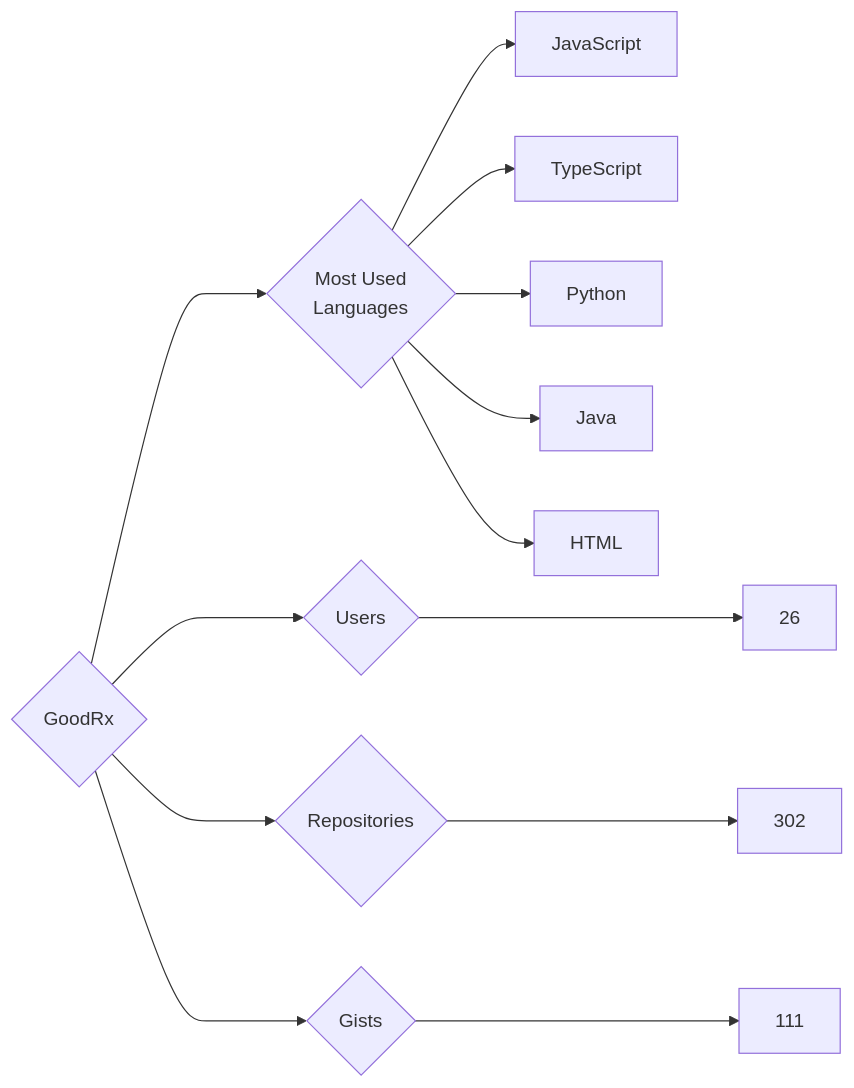
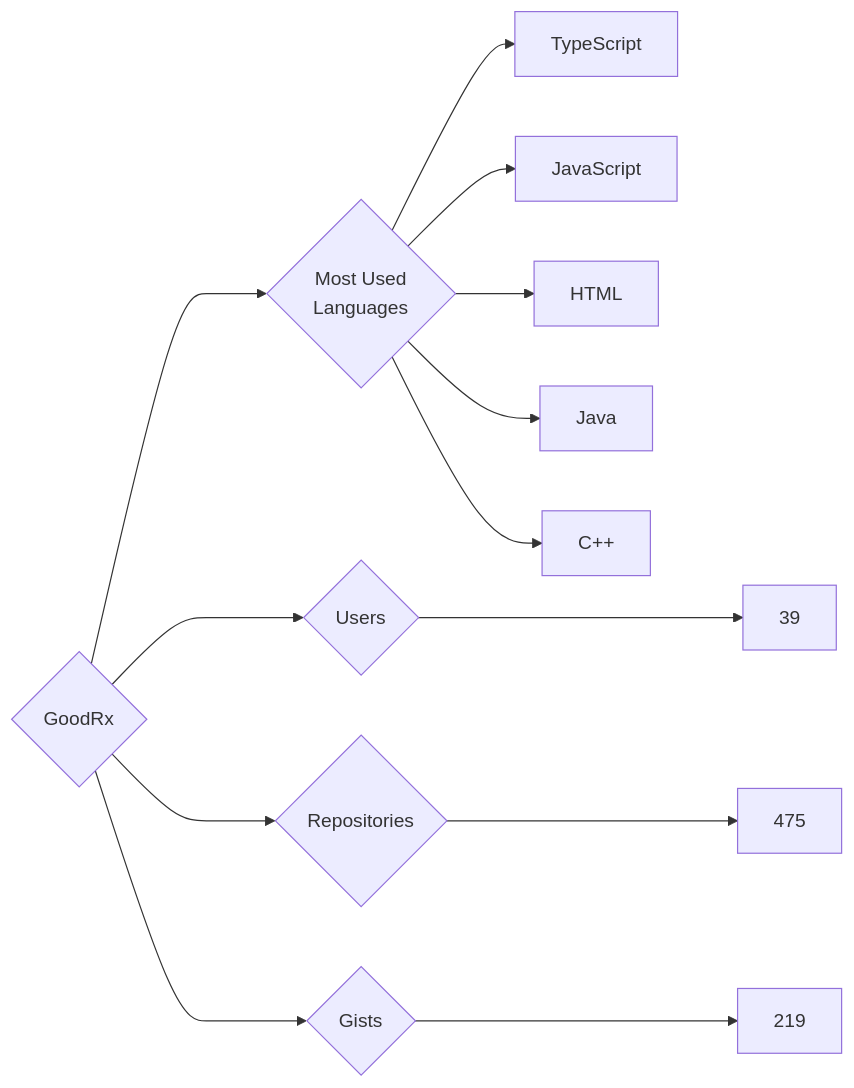
Before and after one commit to trickest/insiders: the diagram in targets/GoodRx/README.md, drawn with Mermaid. The commit also changed 682 other files, not shown here.

````diff
--- a/targets/GoodRx/README.md
+++ b/targets/GoodRx/README.md
@@ -3,13 +3,13 @@
 ```mermaid
 graph LR
 COMPANY_NAME{GoodRx}
-COMPANY_NAME ---> U{Users} ---> UN[26]
-COMPANY_NAME ---> R{Repositories} ---> RN[302]
-COMPANY_NAME ---> G{Gists} ---> GN[111]
+COMPANY_NAME ---> U{Users} ---> UN[39]
+COMPANY_NAME ---> R{Repositories} ---> RN[475]
+COMPANY_NAME ---> G{Gists} ---> GN[219]
 COMPANY_NAME ---> ML{Most Used<br>Languages}
+ML --> TypeScript[TypeScript]
 ML --> JavaScript[JavaScript]
-ML --> TypeScript[TypeScript]
-ML --> Python[Python]
+ML --> HTML[HTML]
 ML --> Java[Java]
-ML --> HTML[HTML]
+ML --> C++[C++]
 ```
````
